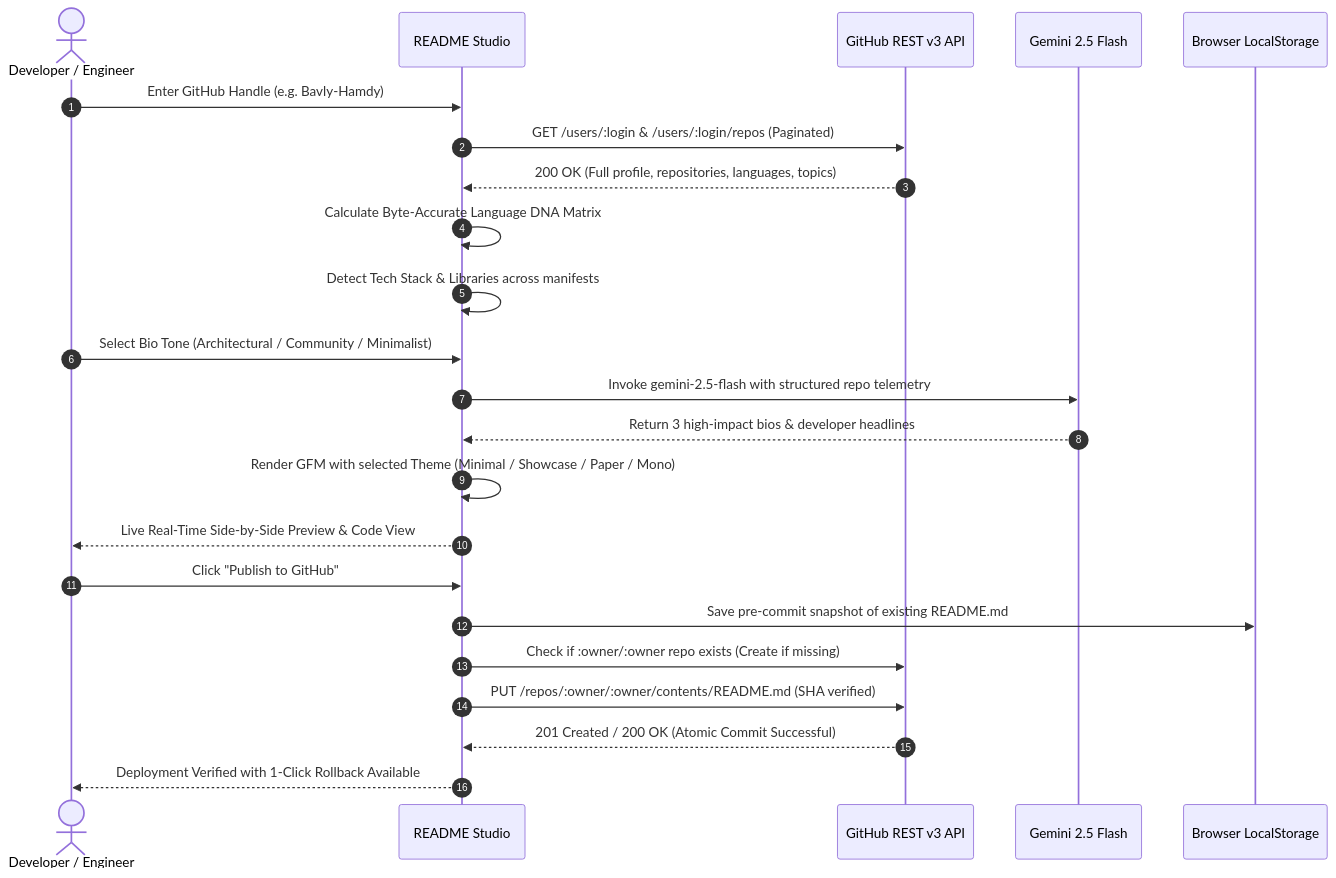
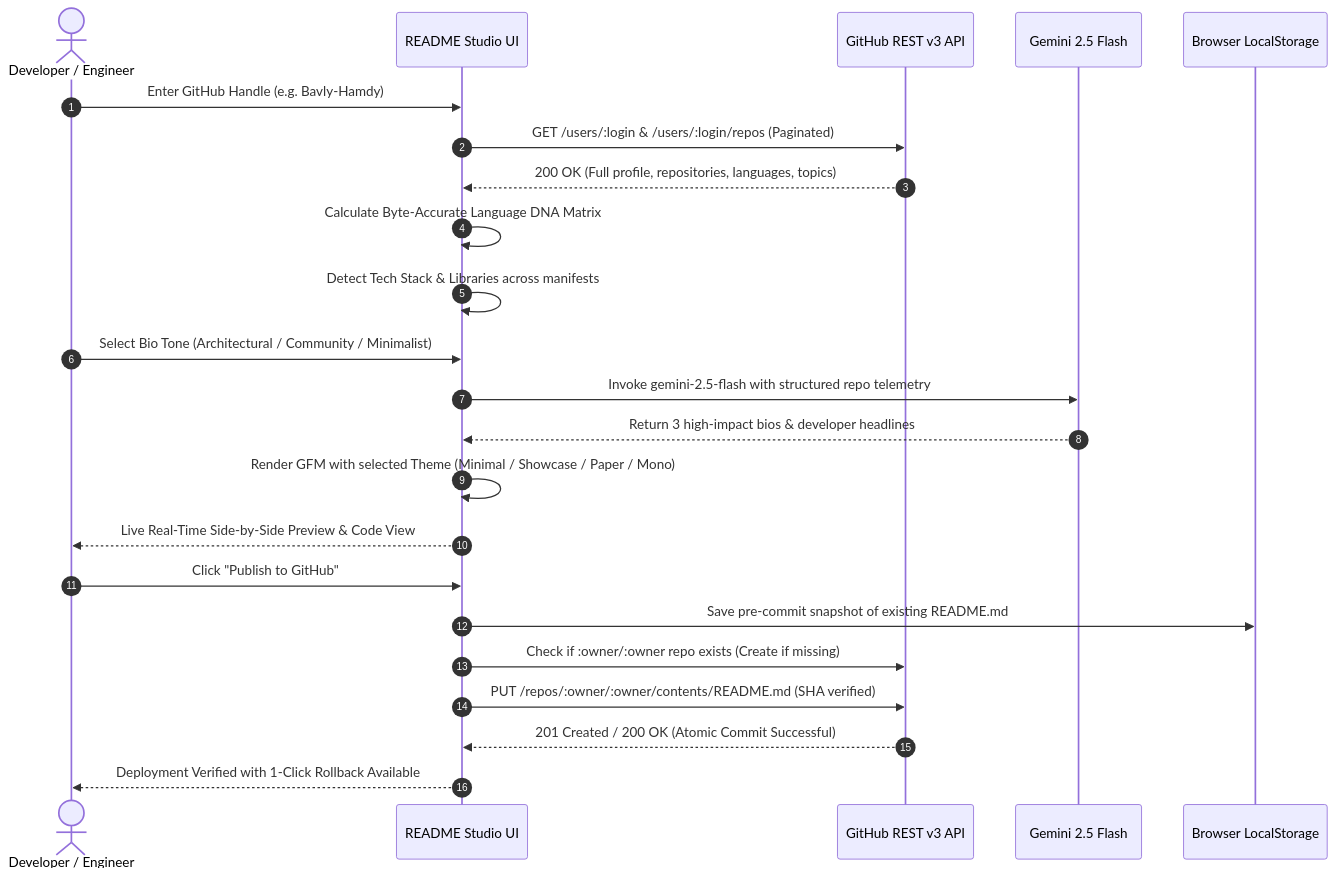
The second of 2 diagrams in README.md (Bavly-Hamdy/readme-studio), drawn with Mermaid before and after one commit. The commit also changed other lines of this file, not shown here.

Commit message:
docs: update enterprise README with architecture, workflow and screenshots

````diff
--- a/README.md
+++ b/README.md
@@ -114,30 +130,30 @@
 ```mermaid
 sequenceDiagram
     autonumber
     actor Dev as Developer / Engineer
-    participant App as README Studio
+    participant App as README Studio UI
     participant GH as GitHub REST v3 API
     participant AI as Gemini 2.5 Flash
     participant Store as Browser LocalStorage
 
     Dev->>App: Enter GitHub Handle (e.g. Bavly-Hamdy)
     App->>GH: GET /users/:login & /users/:login/repos (Paginated)
     GH-->>App: 200 OK (Full profile, repositories, languages, topics)
     
     App->>App: Calculate Byte-Accurate Language DNA Matrix
     App->>App: Detect Tech Stack & Libraries across manifests
     
     Dev->>App: Select Bio Tone (Architectural / Community / Minimalist)
     App->>AI: Invoke gemini-2.5-flash with structured repo telemetry
     AI-->>App: Return 3 high-impact bios & developer headlines
     
     App->>App: Render GFM with selected Theme (Minimal / Showcase / Paper / Mono)
     App-->>Dev: Live Real-Time Side-by-Side Preview & Code View
     
     Dev->>App: Click "Publish to GitHub"
     App->>Store: Save pre-commit snapshot of existing README.md
     App->>GH: Check if :owner/:owner repo exists (Create if missing)
     App->>GH: PUT /repos/:owner/:owner/contents/README.md (SHA verified)
     GH-->>App: 201 Created / 200 OK (Atomic Commit Successful)
     App-->>Dev: Deployment Verified with 1-Click Rollback Available
 ```
````
